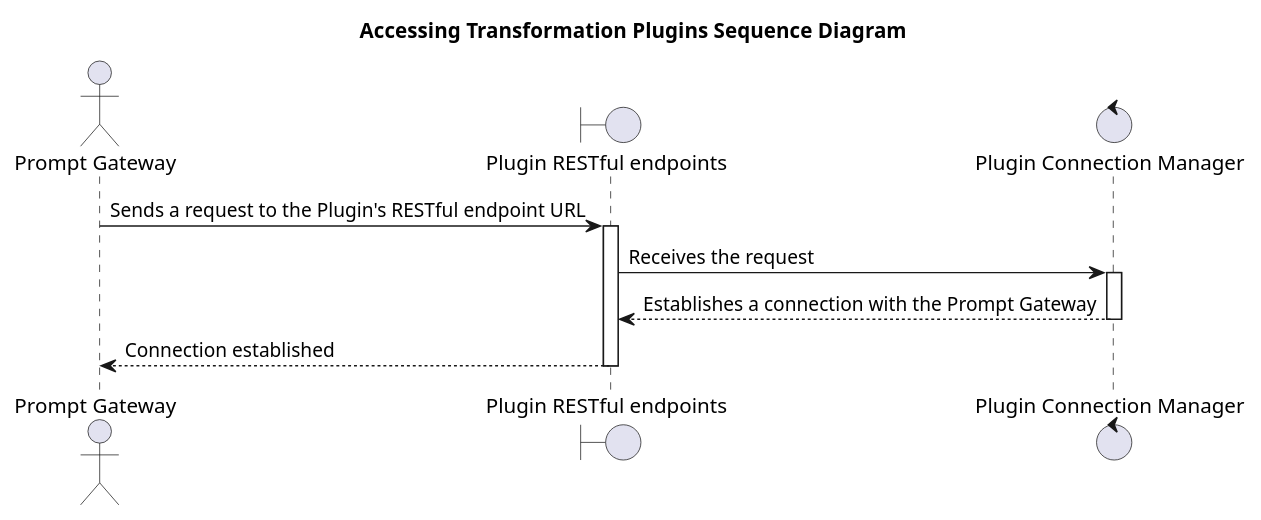
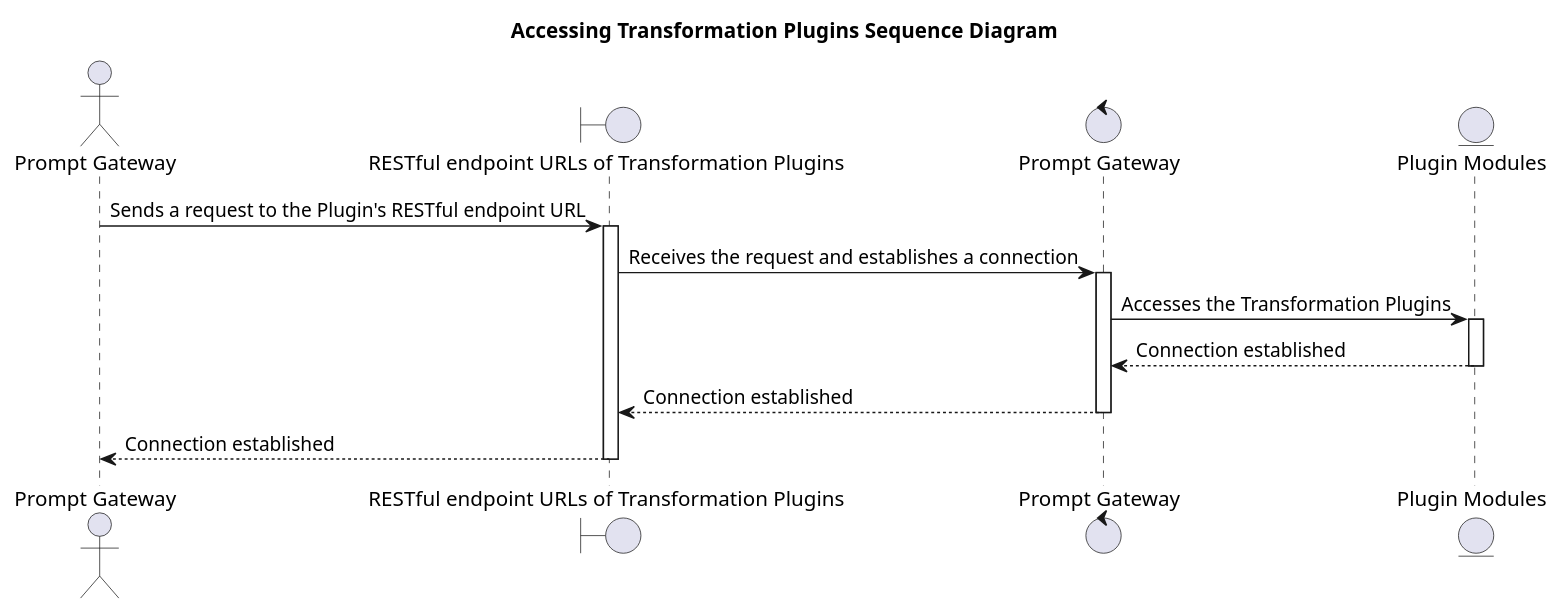
Diagram 18 of 21 in Design_Document_Prompt_Gateway_RESTful_API_LLM.md (o2alexanderfedin/AI-demos), drawn with PlantUML before and after one commit. The commit also changed other lines of this file, not shown here.

````diff
--- a/Design_Document_Prompt_Gateway_RESTful_API_LLM.md
+++ b/Design_Document_Prompt_Gateway_RESTful_API_LLM.md
@@ -602,19 +688,24 @@
 ```plantuml
 @startuml
 title Accessing Transformation Plugins Sequence Diagram
 
 actor "Prompt Gateway" as A
-boundary "Plugin RESTful endpoints" as B
-control "Plugin Connection Manager" as C
+boundary "RESTful endpoint URLs of Transformation Plugins" as B
+control "Prompt Gateway" as C
+entity "Plugin Modules" as D
 
 A -> B : Sends a request to the Plugin's RESTful endpoint URL
 activate B
-B -> C : Receives the request
+B -> C : Receives the request and establishes a connection
 activate C
-C --> B : Establishes a connection with the Prompt Gateway
+C -> D : Accesses the Transformation Plugins
+activate D
+D --> C : Connection established
+deactivate D
+C --> B : Connection established
 deactivate C
 B --> A : Connection established
 deactivate B
 
 @enduml
 ```
````
